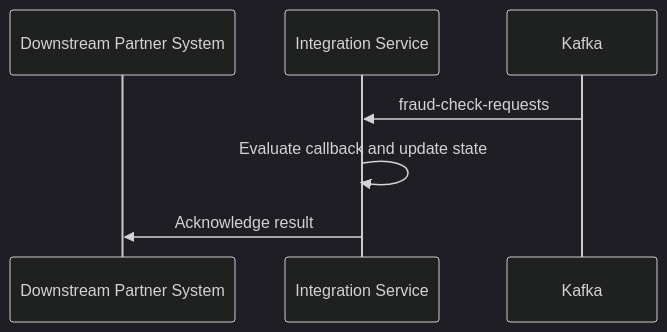
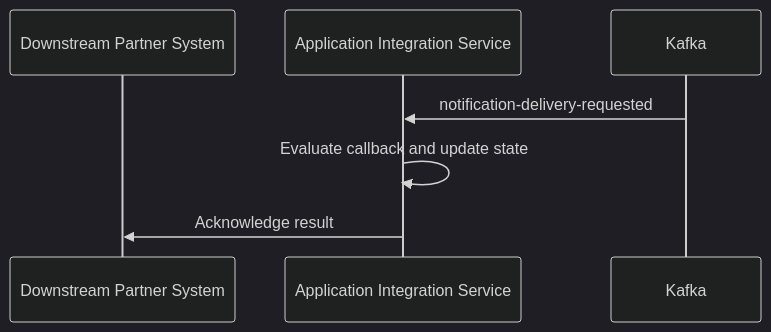
One commit to srinivma1/awesome-copilot changed the fifth of 7 diagrams in HLD.md. Above: the diagram before and after it, drawn with Mermaid (dark theme). The commit also changed other lines of this file, not shown here.

````diff
--- a/HLD.md
+++ b/HLD.md
@@ -588,9 +587,9 @@
 ```mermaid
 sequenceDiagram
     participant F as Downstream Partner System
-    participant S as Integration Service
+    participant S as Application Integration Service
     participant K as Kafka
-    K->>S: fraud-check-requests
+    K->>S: notification-delivery-requested
     S->>S: Evaluate callback and update state
     S->>F: Acknowledge result
 ```
````
